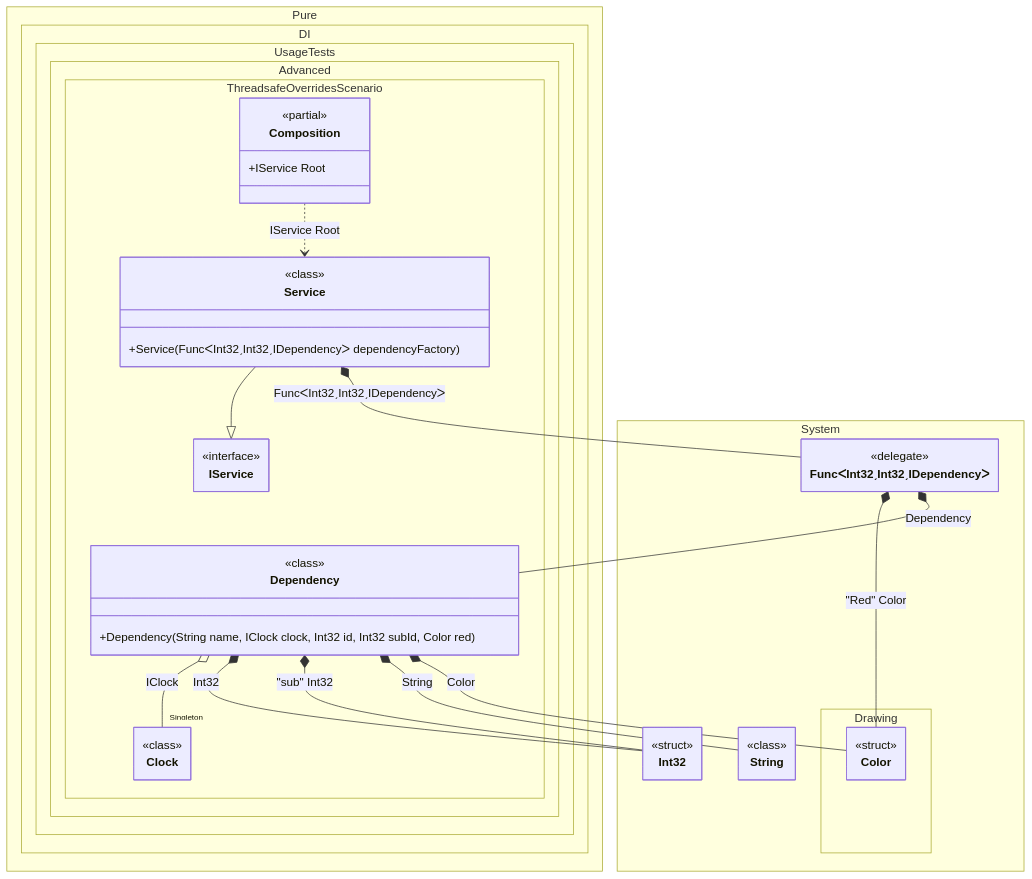
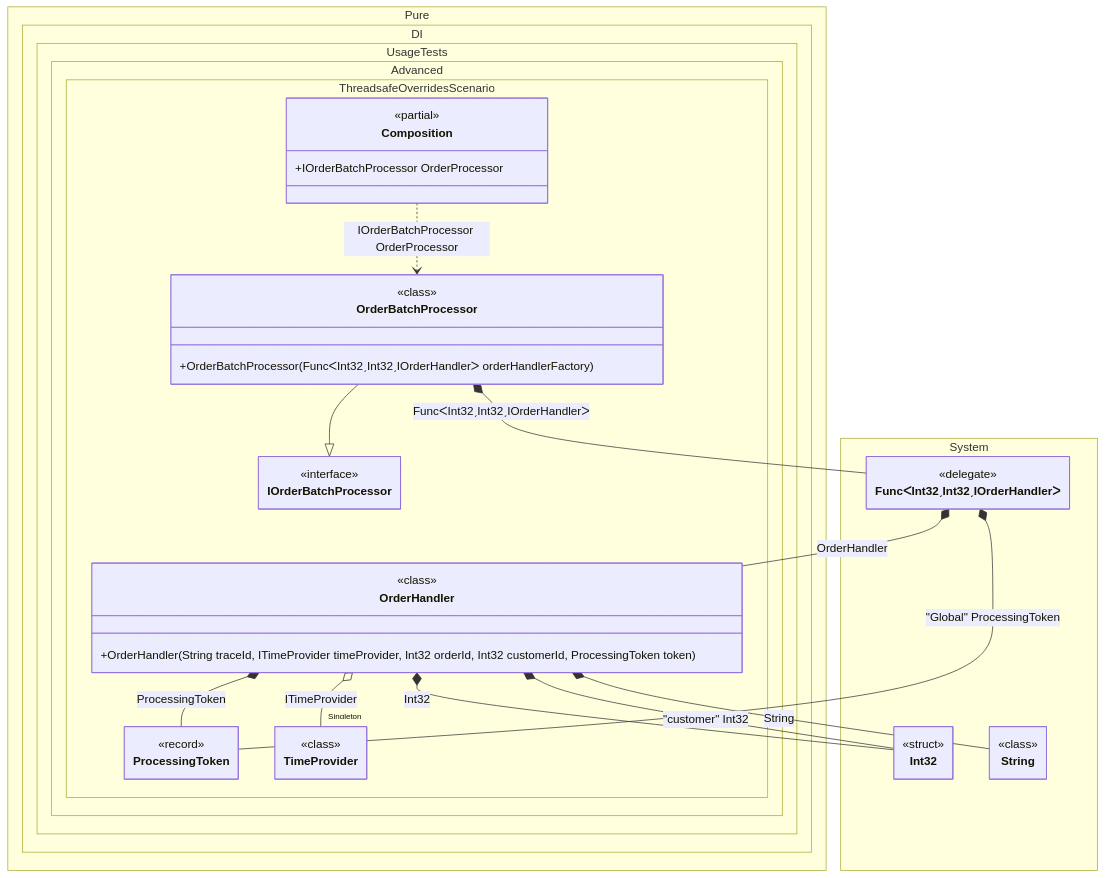
One commit to DevTeam/Pure.DI changed the diagram in readme/thread-safe-overrides.md. Above: the diagram before and after it, drawn with Mermaid. The commit also changed other lines of this file and 126 other files, not shown here.

````diff
--- a/readme/thread-safe-overrides.md
+++ b/readme/thread-safe-overrides.md
@@ -194,56 +208,54 @@
 ```mermaid
 ---
  config:
   maxTextSize: 2147483647
   maxEdges: 2147483647
   class:
    hideEmptyMembersBox: true
 ---
 classDiagram
-	Service --|> IService
-	Composition ..> Service : IService Root
-	FuncᐸInt32ˏInt32ˏIDependencyᐳ *--  Color : "Red"  Color
-	FuncᐸInt32ˏInt32ˏIDependencyᐳ *--  Dependency : Dependency
-	Service *--  FuncᐸInt32ˏInt32ˏIDependencyᐳ : FuncᐸInt32ˏInt32ˏIDependencyᐳ
-	Dependency o-- "Singleton" Clock : IClock
-	Dependency *--  Int32 : Int32
-	Dependency *--  Int32 : "sub"  Int32
-	Dependency *--  String : String
-	Dependency *--  Color : Color
+	OrderBatchProcessor --|> IOrderBatchProcessor
+	Composition ..> OrderBatchProcessor : IOrderBatchProcessor OrderProcessor
+	FuncᐸInt32ˏInt32ˏIOrderHandlerᐳ *--  ProcessingToken : "Global"  ProcessingToken
+	FuncᐸInt32ˏInt32ˏIOrderHandlerᐳ *--  OrderHandler : OrderHandler
+	OrderBatchProcessor *--  FuncᐸInt32ˏInt32ˏIOrderHandlerᐳ : FuncᐸInt32ˏInt32ˏIOrderHandlerᐳ
+	OrderHandler o-- "Singleton" TimeProvider : ITimeProvider
+	OrderHandler *--  Int32 : Int32
+	OrderHandler *--  Int32 : "customer"  Int32
+	OrderHandler *--  String : String
+	OrderHandler *--  ProcessingToken : ProcessingToken
 	namespace Pure.DI.UsageTests.Advanced.ThreadsafeOverridesScenario {
-		class Clock {
-			<<class>>
-		}
 		class Composition {
 		<<partial>>
-		+IService Root
+		+IOrderBatchProcessor OrderProcessor
 		}
-		class Dependency {
-				<<class>>
-			+Dependency(String name, IClock clock, Int32 id, Int32 subId, Color red)
-		}
-		class IService {
+		class IOrderBatchProcessor {
 			<<interface>>
 		}
-		class Service {
+		class OrderBatchProcessor {
 				<<class>>
-			+Service(FuncᐸInt32ˏInt32ˏIDependencyᐳ dependencyFactory)
+			+OrderBatchProcessor(FuncᐸInt32ˏInt32ˏIOrderHandlerᐳ orderHandlerFactory)
+		}
+		class OrderHandler {
+				<<class>>
+			+OrderHandler(String traceId, ITimeProvider timeProvider, Int32 orderId, Int32 customerId, ProcessingToken token)
+		}
+		class ProcessingToken {
+			<<record>>
+		}
+		class TimeProvider {
+			<<class>>
 		}
 	}
 	namespace System {
-		class FuncᐸInt32ˏInt32ˏIDependencyᐳ {
+		class FuncᐸInt32ˏInt32ˏIOrderHandlerᐳ {
 				<<delegate>>
 		}
 		class Int32 {
 			<<struct>>
 		}
 		class String {
 			<<class>>
 		}
 	}
-	namespace System.Drawing {
-		class Color {
-			<<struct>>
-		}
-	}
 ```
````
